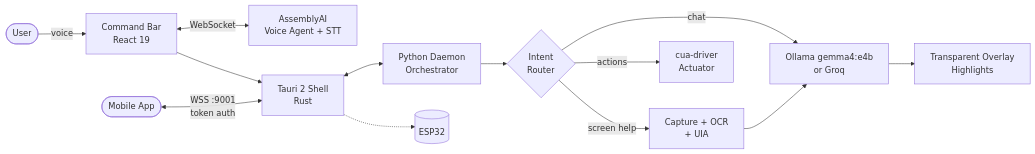
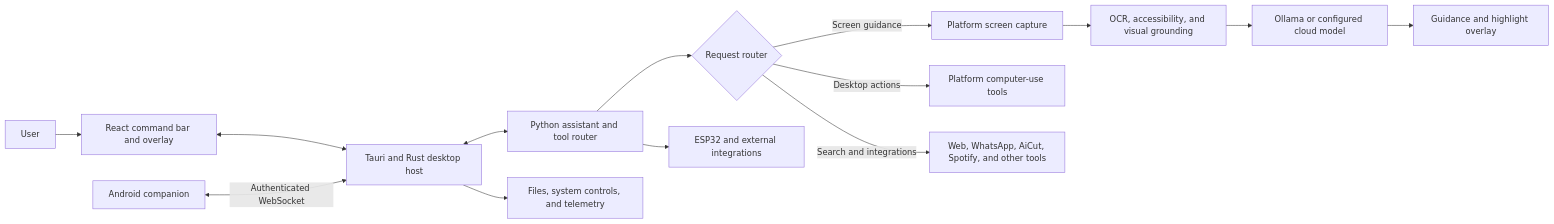
One commit to KingSahil/Blinky changed the diagram in README.md. Above: the diagram before and after it, drawn with Mermaid. The commit also changed other lines of this file and 2 other files, not shown here.

````diff
--- a/README.md
+++ b/README.md
@@ -114,15 +70,18 @@
 ```mermaid
 flowchart LR
-    U([User]) -->|voice| CB[Command Bar<br/>React 19]
-    CB <-->|WebSocket| AAI[AssemblyAI<br/>Voice Agent + STT]
-    CB --> T[Tauri 2 Shell<br/>Rust]
-    T <--> PY[Python Daemon<br/>Orchestrator]
-    PY --> R{Intent<br/>Router}
-    R -->|screen help| OCR[Capture + OCR<br/>+ UIA]
-    R -->|actions| CUA[cua-driver<br/>Actuator]
-    R -->|chat| LLM
-    OCR --> LLM[Ollama gemma4:e4b<br/>or Groq]
-    LLM --> OV[Transparent Overlay<br/>Highlights]
-    M([Mobile App]) <-->|WSS :9001<br/>token auth| T
-    T -.-> ESP[(ESP32)]
+    U[User] --> UI[React command bar and overlay]
+    UI <--> T[Tauri and Rust desktop host]
+    T <--> P[Python assistant and tool router]
+
+    P --> R{Request router}
+    R -->|Screen guidance| C[Platform screen capture]
+    C --> O[OCR, accessibility, and visual grounding]
+    O --> AI[Ollama or configured cloud model]
+    AI --> H[Guidance and highlight overlay]
+    R -->|Desktop actions| A[Platform computer-use tools]
+    R -->|Search and integrations| X[Web, WhatsApp, AiCut, Spotify, and other tools]
+
+    M[Android companion] <-->|Authenticated WebSocket| T
+    T --> F[Files, system controls, and telemetry]
+    P --> I[ESP32 and external integrations]
 ```
````
